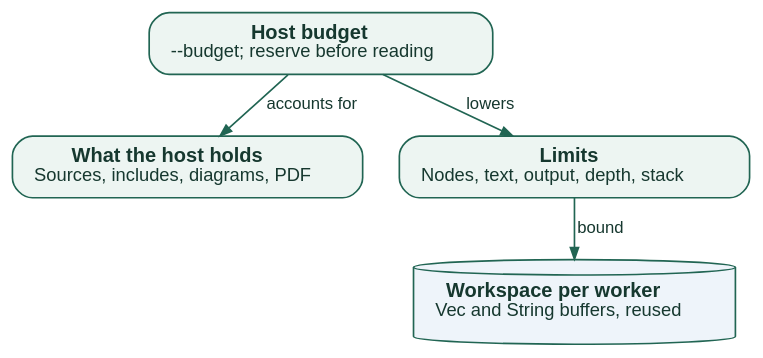
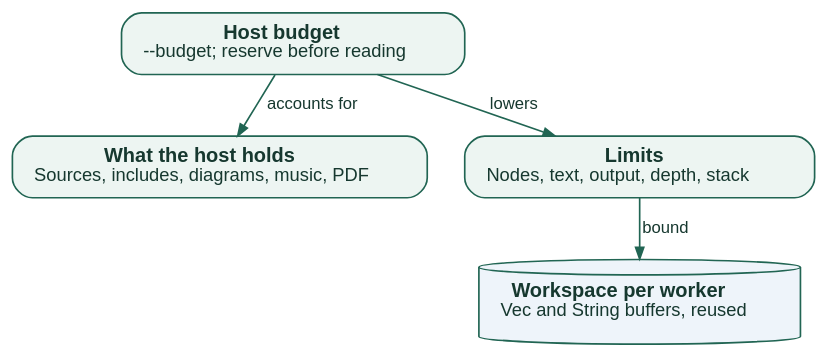
One commit to insanai/guidedog changed the diagram in docs/manual/internals/memory.rst. Above: the diagram before and after it, drawn with Graphviz. The commit also changed other lines of this file and 78 other files, not shown here.

```diff
--- a/docs/manual/internals/memory.rst
+++ b/docs/manual/internals/memory.rst
@@ -9,19 +9,19 @@
 .. graphviz::
    :class: graphviz-adaptive
    :caption: Limits bound a conversion; the budget bounds what the host holds.
    :alt: The host budget counts sources, includes and outputs before they are read. Each conversion runs in a reused workspace bounded by Limits.
 
    digraph memory_architecture {
      graph [rankdir=TB, bgcolor="transparent", pad="0.22", nodesep="0.3", ranksep="0.35"];
      node [shape=box, style="rounded,filled", fillcolor="#edf5f2", color="#216553",
            fontname="Helvetica", fontcolor="#16382f", fontsize=12, margin="0.18,0.1"];
      edge [color="#216553", fontname="Helvetica", fontcolor="#16382f", fontsize=10, arrowsize=0.7];
      budget [label=<<B>Host budget</B><BR/><FONT POINT-SIZE="11">--budget; reserve before reading</FONT>>];
-     held [label=<<B>What the host holds</B><BR/><FONT POINT-SIZE="11">Sources, includes, diagrams, PDF</FONT>>];
+     held [label=<<B>What the host holds</B><BR/><FONT POINT-SIZE="11">Sources, includes, diagrams, music, PDF</FONT>>];
      limits [label=<<B>Limits</B><BR/><FONT POINT-SIZE="11">Nodes, text, output, depth, stack</FONT>>];
      work [class="gd-output", shape=cylinder, fillcolor="#eef4fa",
            label=<<B>Workspace per worker</B><BR/><FONT POINT-SIZE="11">Vec and String buffers, reused</FONT>>];
      budget -> held [label="accounts for"];
      budget -> limits [label="lowers"];
      limits -> work [label="bound"];
    }
```
